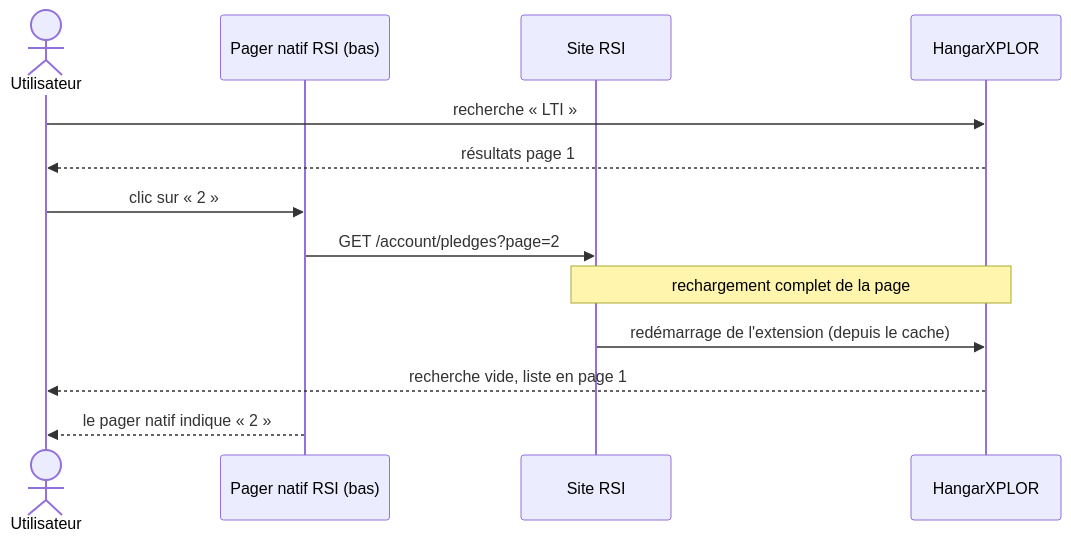
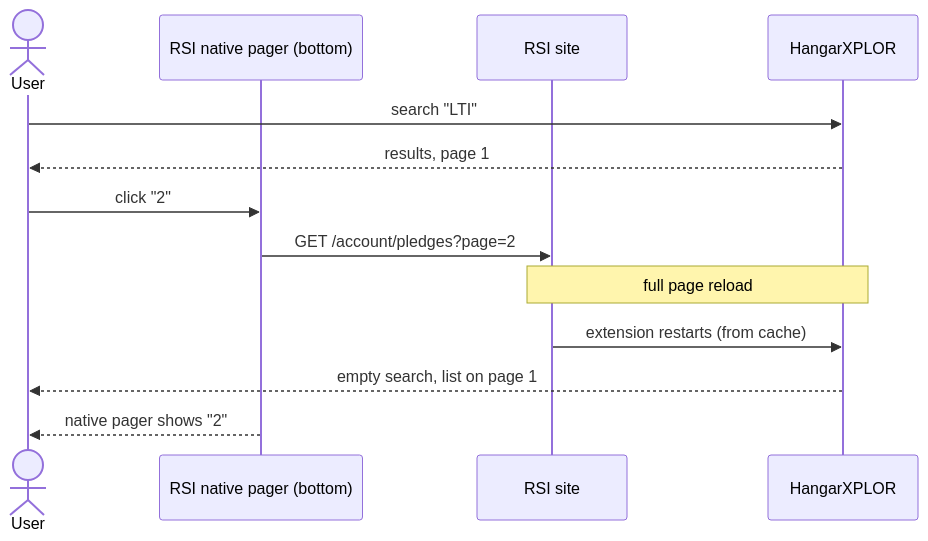
One commit to Sckriva/HangarXPLOR changed the first of 4 diagrams in README.md. Above: the diagram before and after it, drawn with Mermaid. The commit also changed other lines of this file and 1 other file, not shown here.

````diff
--- a/README.md
+++ b/README.md
@@ -60,15 +64,15 @@
 ```mermaid
 sequenceDiagram
-    actor U as Utilisateur
-    participant P as Pager natif RSI (bas)
-    participant S as Site RSI
+    actor U as User
+    participant P as RSI native pager (bottom)
+    participant S as RSI site
     participant X as HangarXPLOR
-    U->>X: recherche « LTI »
-    X-->>U: résultats page 1
-    U->>P: clic sur « 2 »
+    U->>X: search "LTI"
+    X-->>U: results, page 1
+    U->>P: click "2"
     P->>S: GET /account/pledges?page=2
-    Note over S,X: rechargement complet de la page
-    S->>X: redémarrage de l'extension (depuis le cache)
-    X-->>U: recherche vide, liste en page 1
-    P-->>U: le pager natif indique « 2 »
+    Note over S,X: full page reload
+    S->>X: extension restarts (from cache)
+    X-->>U: empty search, list on page 1
+    P-->>U: native pager shows "2"
 ```
````
